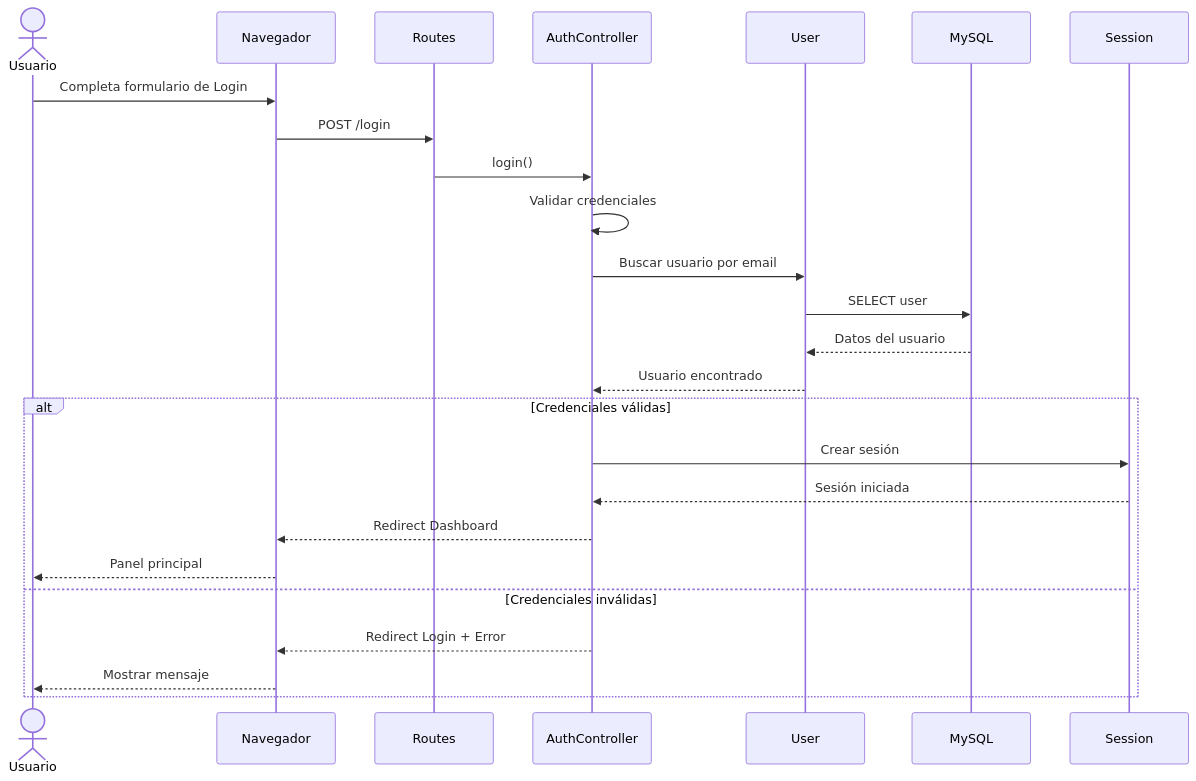
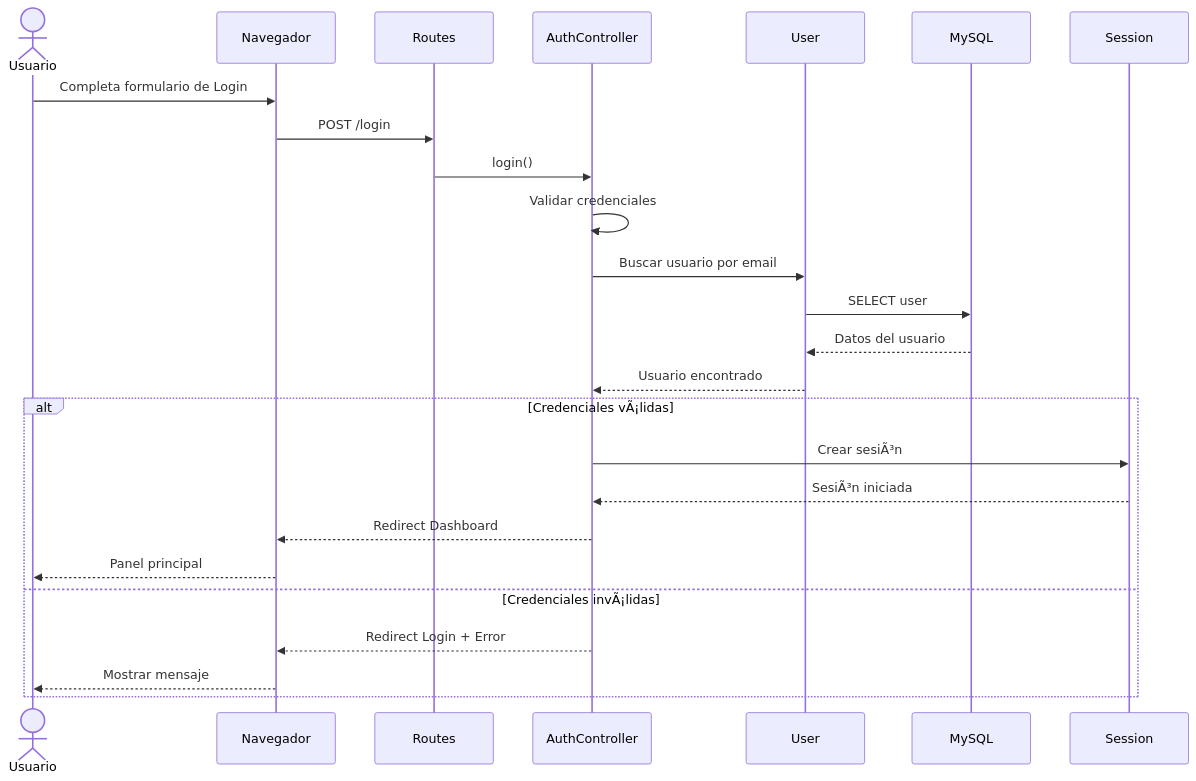
Before and after one commit to facusoster/FinalProdWebLaravel: the diagram in docs/diagramas/22_UML_SecuenciaLogin.md, drawn with Mermaid. The commit also changed other lines of this file and 24 other files, not shown here.

````diff
--- a/docs/diagramas/22_UML_SecuenciaLogin.md
+++ b/docs/diagramas/22_UML_SecuenciaLogin.md
@@ -22,46 +22,46 @@
 ```mermaid
 sequenceDiagram
 
 actor Usuario
 
 participant Navegador
 participant Routes
 participant AuthController
 participant User
 participant MySQL
 participant Session
 
 Usuario->>Navegador: Completa formulario de Login
 
 Navegador->>Routes: POST /login
 
 Routes->>AuthController: login()
 
 AuthController->>AuthController: Validar credenciales
 
 AuthController->>User: Buscar usuario por email
 
 User->>MySQL: SELECT user
 
 MySQL-->>User: Datos del usuario
 
 User-->>AuthController: Usuario encontrado
 
-alt Credenciales válidas
+alt Credenciales vÃ¡lidas
 
-    AuthController->>Session: Crear sesión
+    AuthController->>Session: Crear sesiÃ³n
 
-    Session-->>AuthController: Sesión iniciada
+    Session-->>AuthController: SesiÃ³n iniciada
 
     AuthController-->>Navegador: Redirect Dashboard
 
     Navegador-->>Usuario: Panel principal
 
-else Credenciales inválidas
+else Credenciales invÃ¡lidas
 
     AuthController-->>Navegador: Redirect Login + Error
 
     Navegador-->>Usuario: Mostrar mensaje
 
 end
 ```
````
